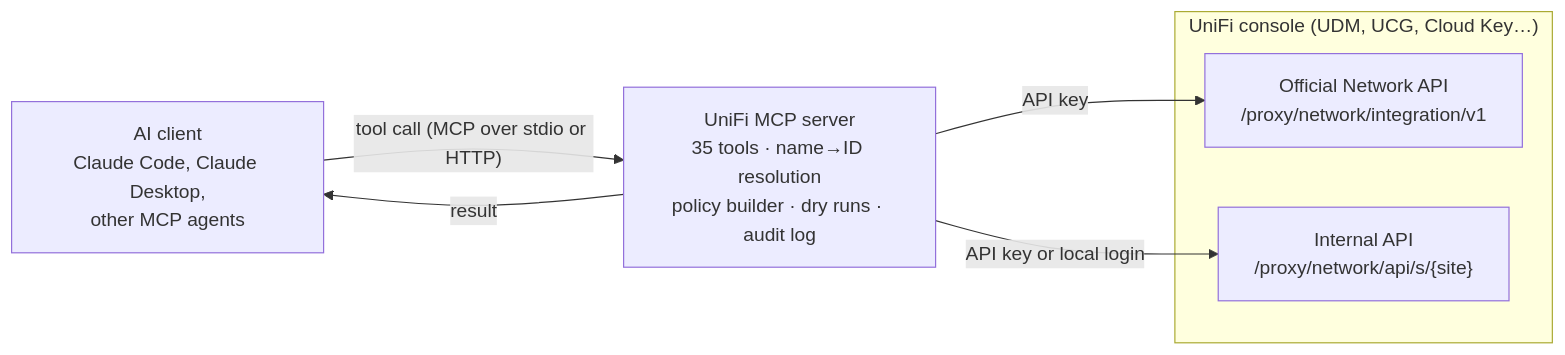
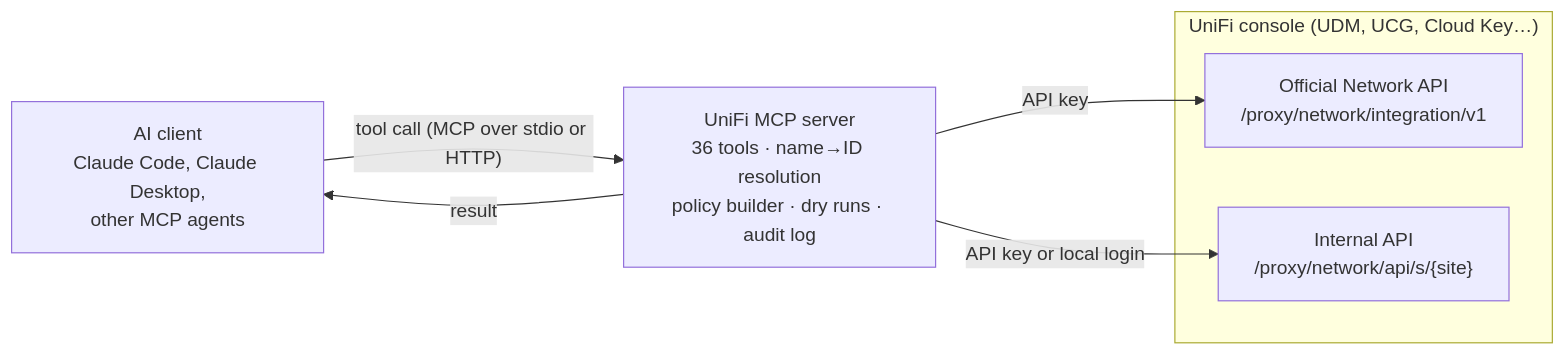
One commit to SmugZombie/Unifi-MCP changed the diagram in README.md. Above: the diagram before and after it, drawn with Mermaid. The commit also changed other lines of this file and 6 other files, not shown here.

````diff
--- a/README.md
+++ b/README.md
@@ -28,11 +28,11 @@
 ```mermaid
 flowchart LR
-    A["AI client<br/>Claude Code, Claude Desktop,<br/>other MCP agents"] -- "tool call (MCP over stdio or HTTP)" --> S["UniFi MCP server<br/>35 tools · name→ID resolution<br/>policy builder · dry runs · audit log"]
+    A["AI client<br/>Claude Code, Claude Desktop,<br/>other MCP agents"] -- "tool call (MCP over stdio or HTTP)" --> S["UniFi MCP server<br/>36 tools · name→ID resolution<br/>policy builder · dry runs · audit log"]
     S -- result --> A
     S -- "API key" --> O["Official Network API<br/>/proxy/network/integration/v1"]
     S -- "API key or local login" --> I["Internal API<br/>/proxy/network/api/s/{site}"]
     subgraph Console["UniFi console (UDM, UCG, Cloud Key…)"]
         O
         I
     end
 ```
````
